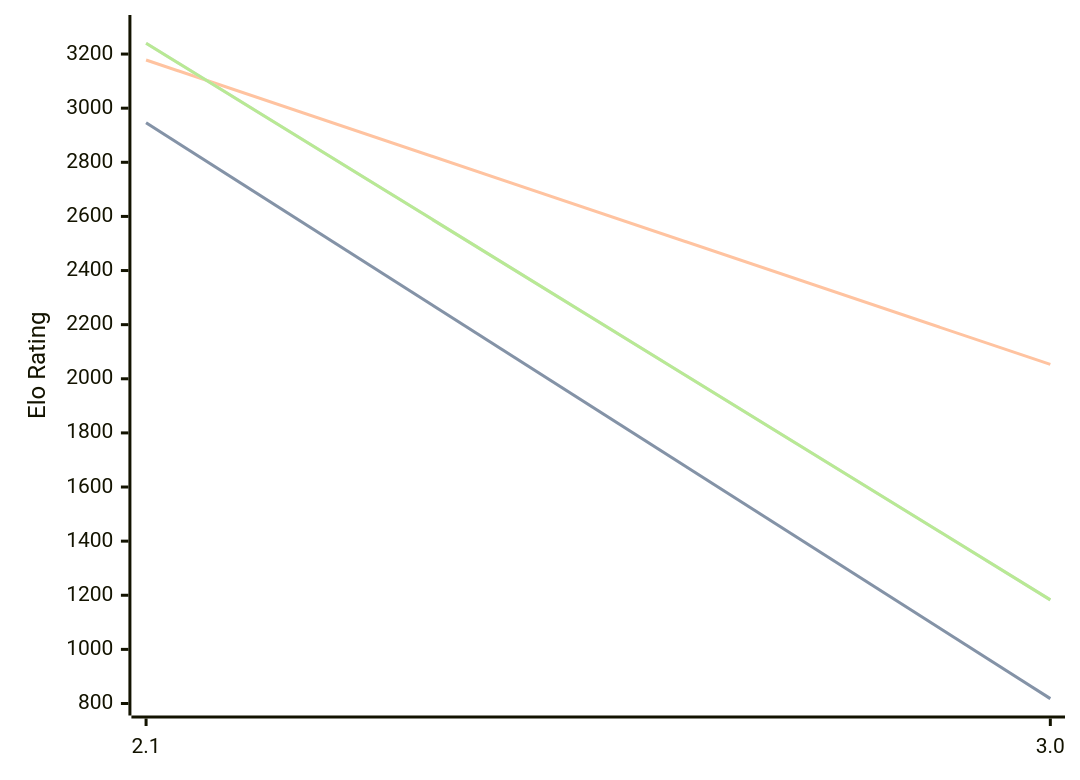
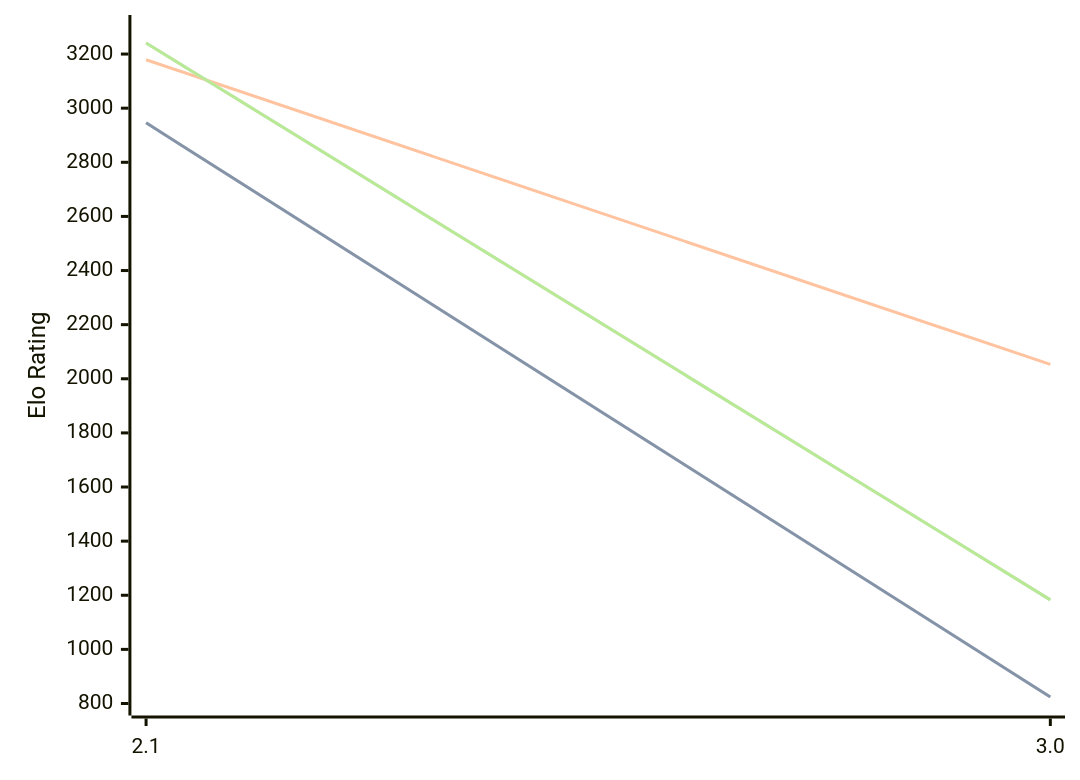
Before and after one commit to computer-chess-index/cci: the diagram in engines/Quirky.md, drawn with Mermaid. The commit also changed other lines of this file, not shown here.

Commit message:
Update CCI Ratings (ELO VLTC) - 2026-08-15

````diff
--- a/engines/Quirky.md
+++ b/engines/Quirky.md
@@ -32,11 +32,11 @@
 ```mermaid
 %%{init: {"theme":"base","themeVariables":{"seriesColors:['#a3a3a3','#222221','#faa371']}}}%%
 xychart-beta
   x-axis ["2.1", "3.0"]
   y-axis "Elo Rating" 800 --> 3300
-  line "STC (8.0+0.08s)" [2946, 818]
-  line "STC (8.0+0.08s)" [2946, 818]
-  line "LTC (60.0+0.60s)" [3178, 2053]
-  line "VLTC (2m24s+1.12s)" [3240, 1183]
-  line "VLTC (2m24s+1.12s)" [3240, 1183]
+  line "STC (8.0+0.08s)" [2946, 824]
+  line "STC (8.0+0.08s)" [2946, 824]
+  line "LTC (60.0+0.60s)" [3179, 2053]
+  line "VLTC (2m24s+1.12s)" [3241, 1183]
+  line "VLTC (2m24s+1.12s)" [3241, 1183]
 ```
````
